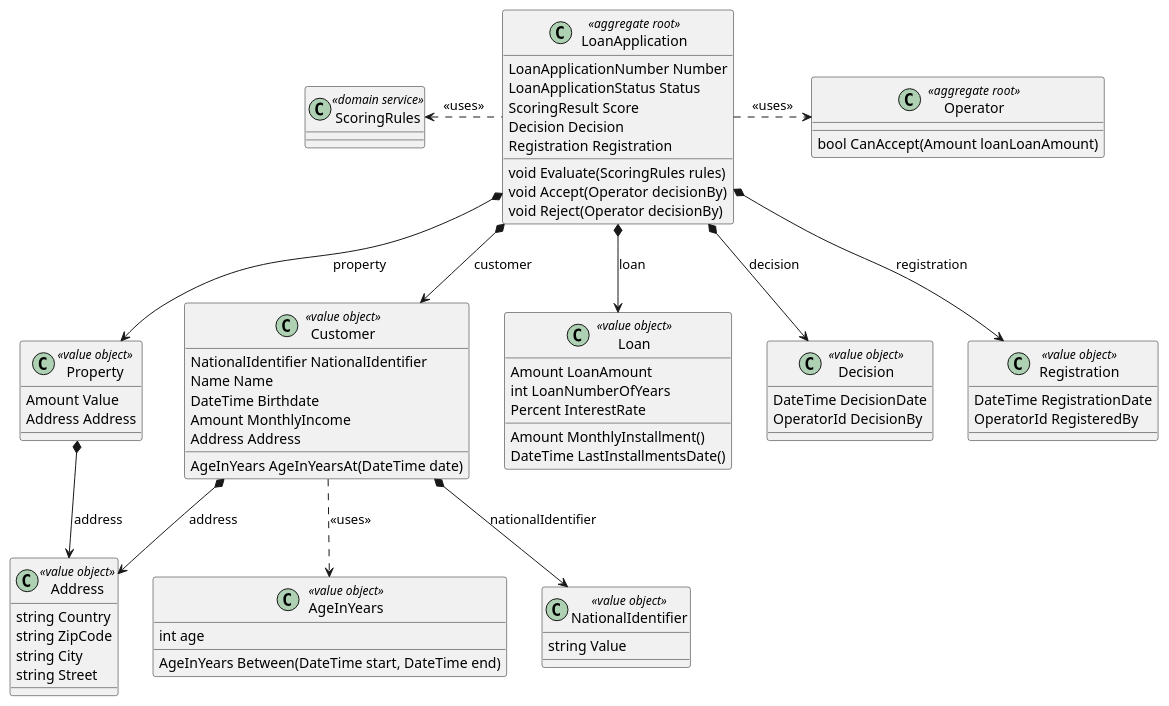
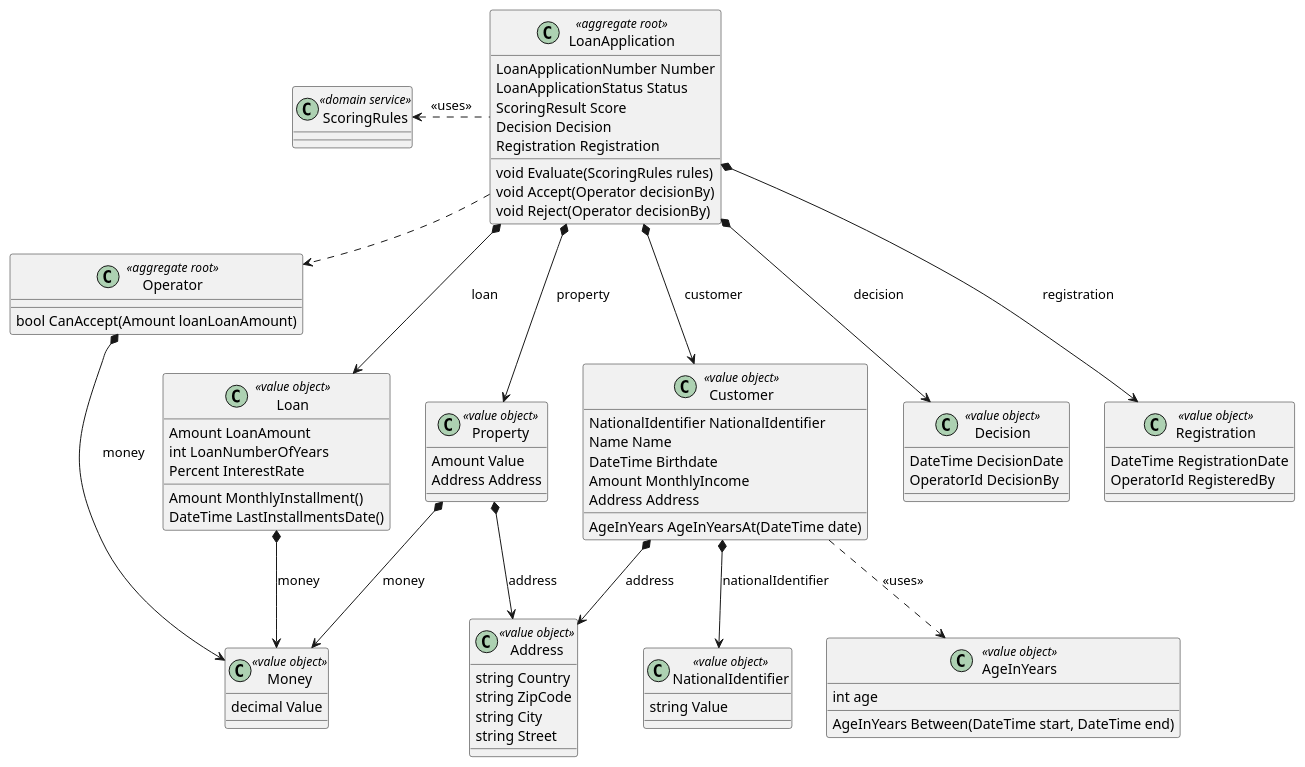
One commit to alperhankendi/loanapp changed the diagram in docs/aggregates.plantuml. Above: the diagram before and after it, drawn with PlantUML. The commit also changed 4 other files, not shown here.

```diff
--- a/docs/aggregates.plantuml
+++ b/docs/aggregates.plantuml
@@ -1,77 +1,84 @@
 @startuml
 
 class LoanApplication <<aggregate root>> {
     LoanApplicationNumber Number
     LoanApplicationStatus Status
     ScoringResult Score
     Decision Decision
     Registration Registration
     
     void Evaluate(ScoringRules rules)
     void Accept(Operator decisionBy)
     void Reject(Operator decisionBy)
 }
 
 class Customer <<value object>> {
     NationalIdentifier NationalIdentifier
     Name Name
     DateTime Birthdate
     Amount MonthlyIncome
     Address Address
     AgeInYears AgeInYearsAt(DateTime date)
 }
 class Loan <<value object>> {
     Amount LoanAmount
     int LoanNumberOfYears
     Percent InterestRate
 
     Amount MonthlyInstallment()
     DateTime LastInstallmentsDate()
 }
 
 class Property <<value object>> {
     Amount Value
     Address Address
 }
 class Decision <<value object>>{
     DateTime DecisionDate
     OperatorId DecisionBy
 }
 class Registration <<value object>>{
     DateTime RegistrationDate
     OperatorId RegisteredBy
 }
 class Operator <<aggregate root>> {
     bool CanAccept(Amount loanLoanAmount)
 }
 
 class ScoringRules <<domain service>>{
 }
 class NationalIdentifier <<value object>>{
     string Value 
 }
 class Address <<value object>> {
     string Country 
     string ZipCode 
     string City 
     string Street
 }
 class AgeInYears <<value object>>{
     int age
     AgeInYears Between(DateTime start, DateTime end)
 }
+class Money <<value object>>{
+    decimal Value
+}
 
+
+Property *--> Money : money
+Loan *--> Money : money
+Operator *--> Money : money
 LoanApplication *--> Customer : customer
 LoanApplication *--> Loan : loan
 LoanApplication *--> Property : property
 LoanApplication *--> Decision : decision
 LoanApplication *--> Registration : registration
 LoanApplication .left.>  ScoringRules : <<uses>>
 LoanApplication .right.>  Operator : <<uses>>
 
 Customer        *--> NationalIdentifier : nationalIdentifier
 Customer        *--> Address :address
 Customer        ..> AgeInYears : <<uses>>
 Property        *--> Address :address
 
 @enduml
```
